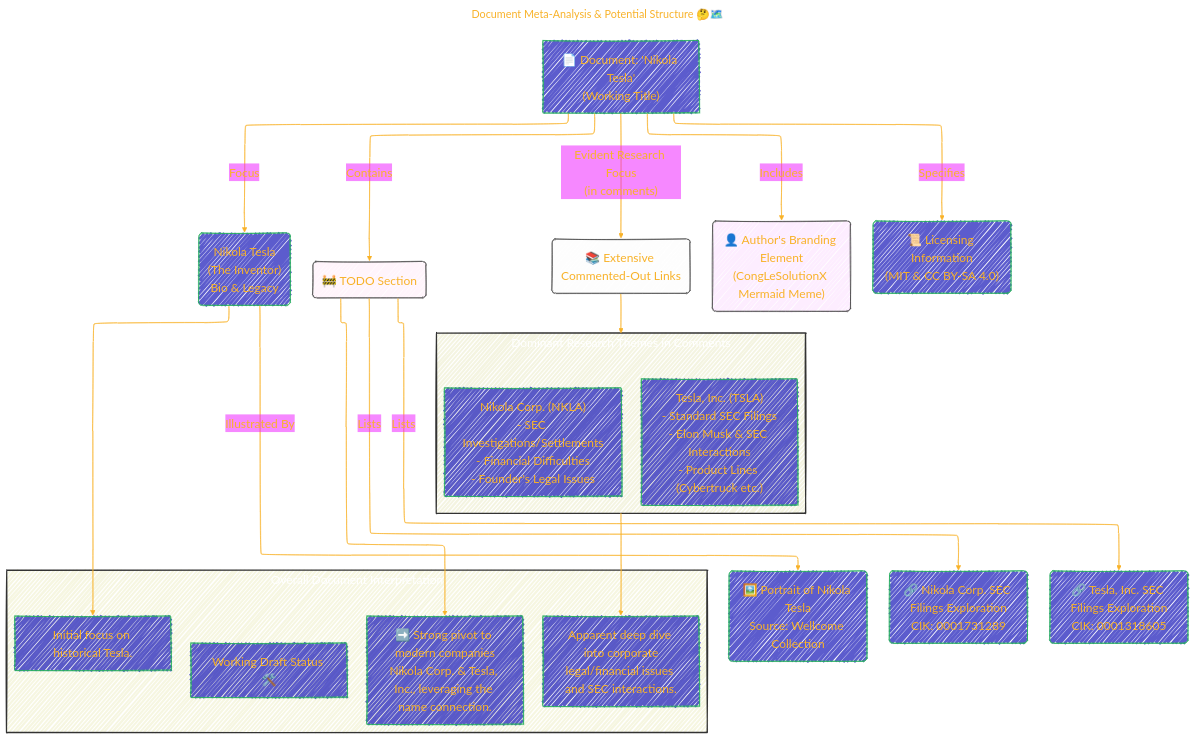
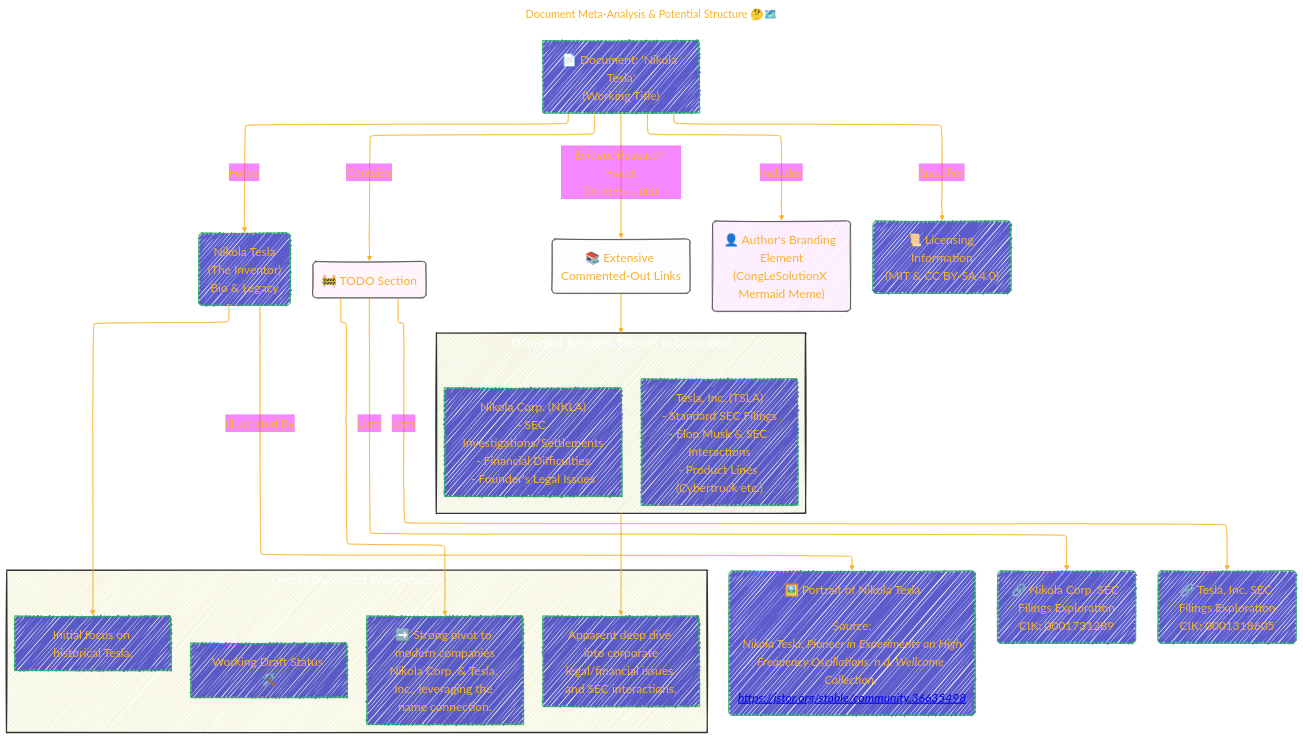
One commit to CongLeSolutionX/Nikola_Tesla changed the fourth of 5 diagrams in README.md. Above: the diagram before and after it, drawn with Mermaid.

Commit message:
update notes

````diff
--- a/README.md
+++ b/README.md
@@ -261,70 +261,71 @@
 ```mermaid
 ---
 title: "Document Meta-Analysis & Potential Structure 🤔🗺️"
 author: "Cong Le"
 version: "1.0"
 license(s): "MIT, CC BY-SA 4.0"
 copyright: "Copyright (c) 2025 Cong Le. All Rights Reserved."
 config:
   layout: elk
   theme: base
   look: handDrawn
 ---
 %%%%%%%% Mermaid version v11.4.1-b.14
 %%%%%%%% Available curve styles include the following keywords:
 %% basis, bumpX, bumpY, cardinal, catmullRom, linear, monotoneX, monotoneY, natural, step, stepAfter, stepBefore.
 %%{
   init: {
     'flowchart': { 'htmlLabels': true, 'curve': 'basis' },
     'fontFamily': 'American Typewriter, monospace',
     'logLevel': 'fatal',
     'themeVariables': {
       'primaryColor': '#22BB',
       'primaryTextColor': '#F8B229',
       'lineColor': '#F8B229',
       'primaryBorderColor': '#27AE60',
       'secondaryColor': '#E2F1',
       'secondaryTextColor': '#6C3483',
       'secondaryBorderColor': '#A569BD',
       'fontSize': '20px'
     }
   }
 }%%
 flowchart TD
     D_Start["📄 Document: 'Nikola Tesla'<br/>(Working Title)"] -- Focus --> D_Inventor("Nikola Tesla<br/>(The Inventor)<br>Bio & Legacy")
 
-    D_Inventor -- Illustrated By --> D_TeslaImage("🖼️ Portrait of Nikola Tesla<br>Source: Wellcome Collection")
+    D_Inventor -- Illustrated By --> D_TeslaImage("🖼️ Portrait of Nikola Tesla<br/><br/>Source:<br/> <em>Nikola Tesla, Pioneer in Experiments on High Frequency Oscillations. n.d. Wellcome Collection. <a href='https://jstor.org/stable/community.36635498'>https://jstor.org/stable/community.36635498</a></em>")
+
 
     D_Start -- Contains --> D_TODO("🚧 TODO Section")
     D_TODO -- Lists --> D_NikolaCorpFilings("🔗 Nikola Corp. SEC Filings Exploration<br/>CIK: 0001731289")
     D_TODO -- Lists --> D_TeslaIncFilings("🔗 Tesla, Inc. SEC Filings Exploration<br/>CIK: 0001318605")
 
     D_Start -- Evident Research Focus<br/>(in comments) --> D_CommentedLinks("📚 Extensive Commented-Out Links")
     subgraph ResearchThemes["Dominant Research Themes in Comments"]
     direction LR
     style ResearchThemes fill:#AA22,stroke:#333,stroke-width:2px, color: #FFFF
         Theme_NKLA["Nikola Corp. (NKLA)<br>- SEC Investigations/Settlements<br>- Financial Difficulties<br>- Founder's Legal Issues"]
         Theme_TSLA["Tesla, Inc. (TSLA)<br>- Standard SEC Filings<br>- Elon Musk & SEC Interactions<br>- Product Lines (Cybertruck etc.)"]
     end
     D_CommentedLinks --> ResearchThemes
 
     D_Start -- Includes --> D_AuthorsBranding("👤 Author's Branding Element<br>(CongLeSolutionX Mermaid Meme)")
     D_Start -- Specifies --> D_Licenses("📜 Licensing Information<br>(MIT & CC BY-SA 4.0)")
 
     subgraph DocumentObservations["Overall Document Interpretation"]
     direction TB
     style DocumentObservations fill:#BB22,stroke:#333,stroke-width:2px, color: #FFFF
         Obs1["Working Draft Status 🛠️"]
         Obs2["Initial focus on historical Tesla."]
         Obs3["➡️ Strong pivot to modern companies<br>Nikola Corp. & Tesla, Inc., leveraging the name connection."]
         Obs4["Apparent deep dive into corporate<br>legal/financial issues and SEC interactions."]
     end
 
     ResearchThemes --> Obs4
     D_TODO --> Obs3
     D_Inventor --> Obs2
     
     style D_CommentedLinks fill:#eee2,stroke:#333,stroke-width:1px
     style D_TODO fill:#fad2,stroke:#333,stroke-width:1px
     style D_AuthorsBranding fill:#e7f2,stroke:#333,stroke-width:1px
 ```
````
